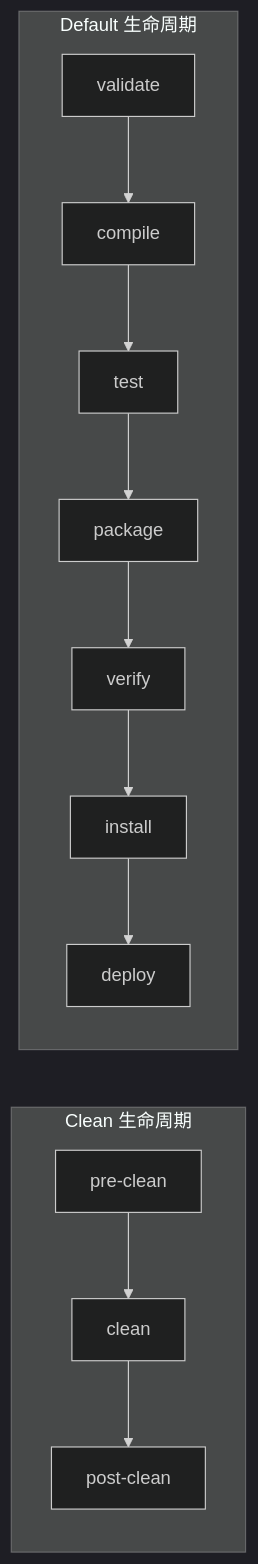
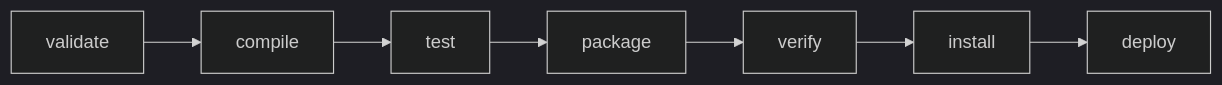
Before and after one commit to zeevenn/notes: the diagram in docs/programming-languages/java/maven/lifecycle-and-plugins.md, drawn with Mermaid (dark theme). The commit also changed other lines of this file and 37 other files, not shown here.

````diff
--- a/docs/programming-languages/java/maven/lifecycle-and-plugins.md
+++ b/docs/programming-languages/java/maven/lifecycle-and-plugins.md
@@ -29,16 +96,9 @@
 ```mermaid
 flowchart LR
-    subgraph cleanLifecycle[Clean 生命周期]
-        PC[pre-clean] --> CL[clean]
-        CL --> POC[post-clean]
-    end
-
-    subgraph defaultLifecycle[Default 生命周期]
-        V[validate] --> C[compile]
-        C --> T[test]
-        T --> P[package]
-        P --> VE[verify]
-        VE --> I[install]
-        I --> D[deploy]
-    end
+    V[validate] --> C[compile]
+    C --> T[test]
+    T --> P[package]
+    P --> VE[verify]
+    VE --> I[install]
+    I --> D[deploy]
 ```
````
